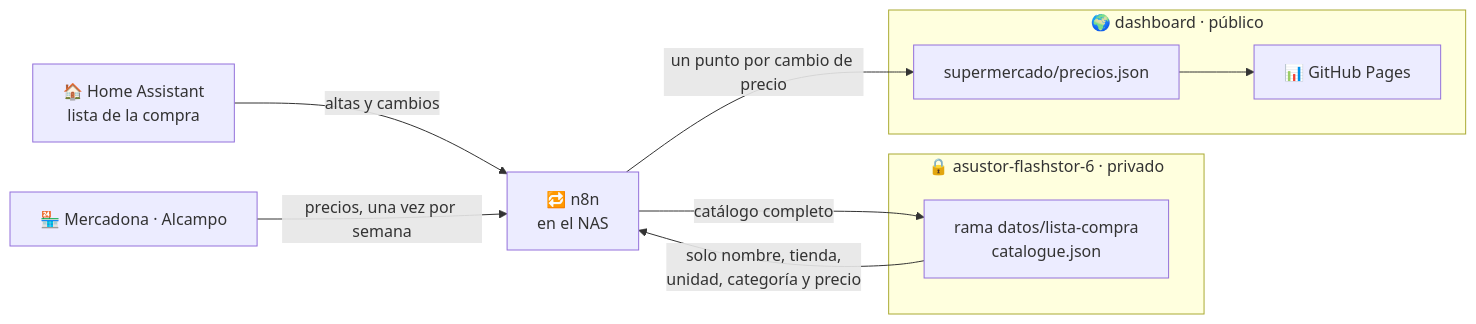
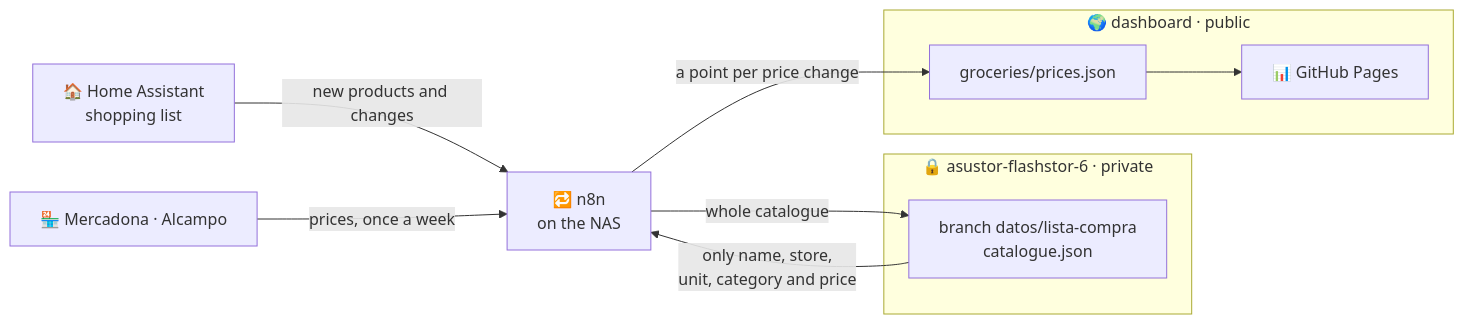
The diagram in README.md (moilolon/dashboard), drawn with Mermaid before and after one commit. The commit also changed other lines of this file and 12 other files, not shown here.

````diff
--- a/README.md
+++ b/README.md
@@ -46,22 +46,22 @@
 ```mermaid
 flowchart LR
-    HA["🏠 Home Assistant<br/>lista de la compra"]
-    N8N["🔁 n8n<br/>en el NAS"]
-    TIENDAS["🏪 Mercadona · Alcampo"]
+    HA["🏠 Home Assistant<br/>shopping list"]
+    N8N["🔁 n8n<br/>on the NAS"]
+    STORES["🏪 Mercadona · Alcampo"]
 
-    subgraph PRIV["🔒 asustor-flashstor-6 · privado"]
-        CAT["rama datos/lista-compra<br/>catalogue.json"]
+    subgraph PRIV["🔒 asustor-flashstor-6 · private"]
+        CAT["branch datos/lista-compra<br/>catalogue.json"]
     end
 
-    subgraph PUB["🌍 dashboard · público"]
-        JSON["supermercado/precios.json"]
+    subgraph PUB["🌍 dashboard · public"]
+        JSON["groceries/prices.json"]
         WEB["📊 GitHub Pages"]
     end
 
-    HA -- "altas y cambios" --> N8N
-    TIENDAS -- "precios, una vez por semana" --> N8N
-    N8N -- "catálogo completo" --> CAT
-    CAT -- "solo nombre, tienda,<br/>unidad, categoría y precio" --> N8N
-    N8N -- "un punto por cambio de precio" --> JSON
+    HA -- "new products and changes" --> N8N
+    STORES -- "prices, once a week" --> N8N
+    N8N -- "whole catalogue" --> CAT
+    CAT -- "only name, store,<br/>unit, category and price" --> N8N
+    N8N -- "a point per price change" --> JSON
     JSON --> WEB
 ```
````
